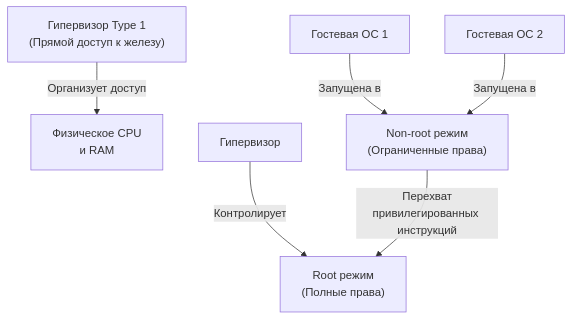
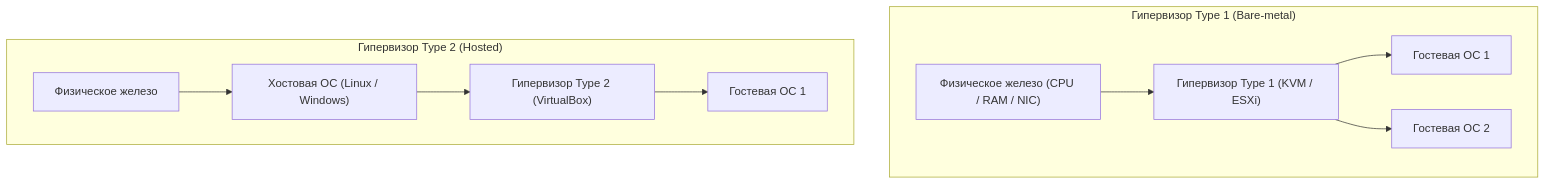
One commit to UnrealTemplier/go-textbook changed the second of 4 diagrams in sources/2. Устройство и работа ОС/55. Виртуальные машины и гипервизоры.md. Above: the diagram before and after it, drawn with Mermaid. The commit also changed other lines of this file, not shown here.

Commit message:
feat(module-02): editorial rewrite of Lecture 55 (Virtual Machines, KVM, QEMU, VT-x, EPT, VMCS, virtio) in Kernighan style

````diff
--- a/sources/2. Устройство и работа ОС/55. Виртуальные машины и гипервизоры.md
+++ b/sources/2. Устройство и работа ОС/55. Виртуальные машины и гипервизоры.md
@@ -18,8 +53,14 @@
 ```mermaid
 flowchart TD
-    A["Гипервизор Type 1<br>(Прямой доступ к железу)"] -->|"Организует доступ"| B["Физическое CPU<br>и RAM"]
-    C["Гостевая ОС 1"] -->|"Запущена в"| D["Non-root режим<br>(Ограниченные права)"]
-    E["Гипервизор"] -->|"Контролирует"| F["Root режим<br>(Полные права)"]
-    D -->|"Перехват<br>привилегированных инструкций"| F
-    G["Гостевая ОС 2"] -->|"Запущена в"| D
+    subgraph Type1["Гипервизор Type 1 (Bare-metal)"]
+        H1["Физическое железо (CPU / RAM / NIC)"] --> Hyp1["Гипервизор Type 1 (KVM / ESXi)"]
+        Hyp1 --> VM1A["Гостевая ОС 1"]
+        Hyp1 --> VM1B["Гостевая ОС 2"]
+    end
+
+    subgraph Type2["Гипервизор Type 2 (Hosted)"]
+        H2["Физическое железо"] --> HostOS["Хостовая ОС (Linux / Windows)"]
+        HostOS --> Hyp2["Гипервизор Type 2 (VirtualBox)"]
+        Hyp2 --> VM2A["Гостевая ОС 1"]
+    end
 ```
````
